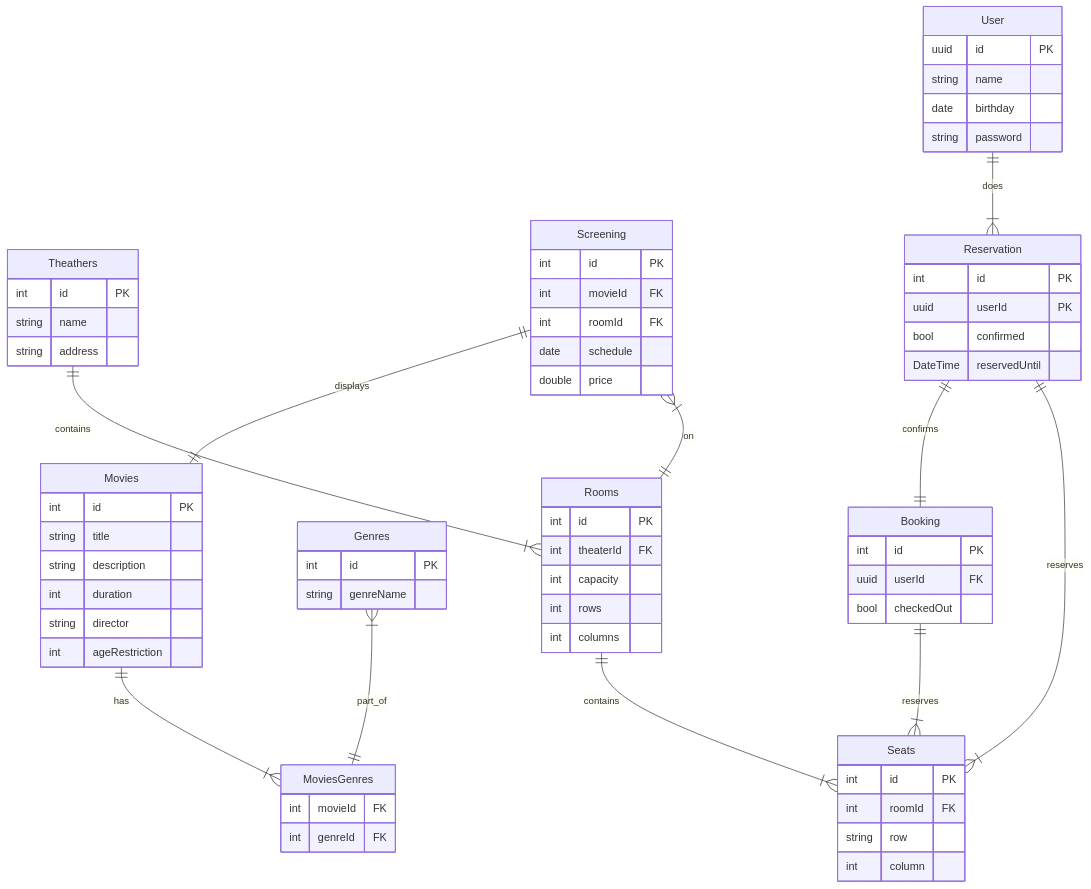
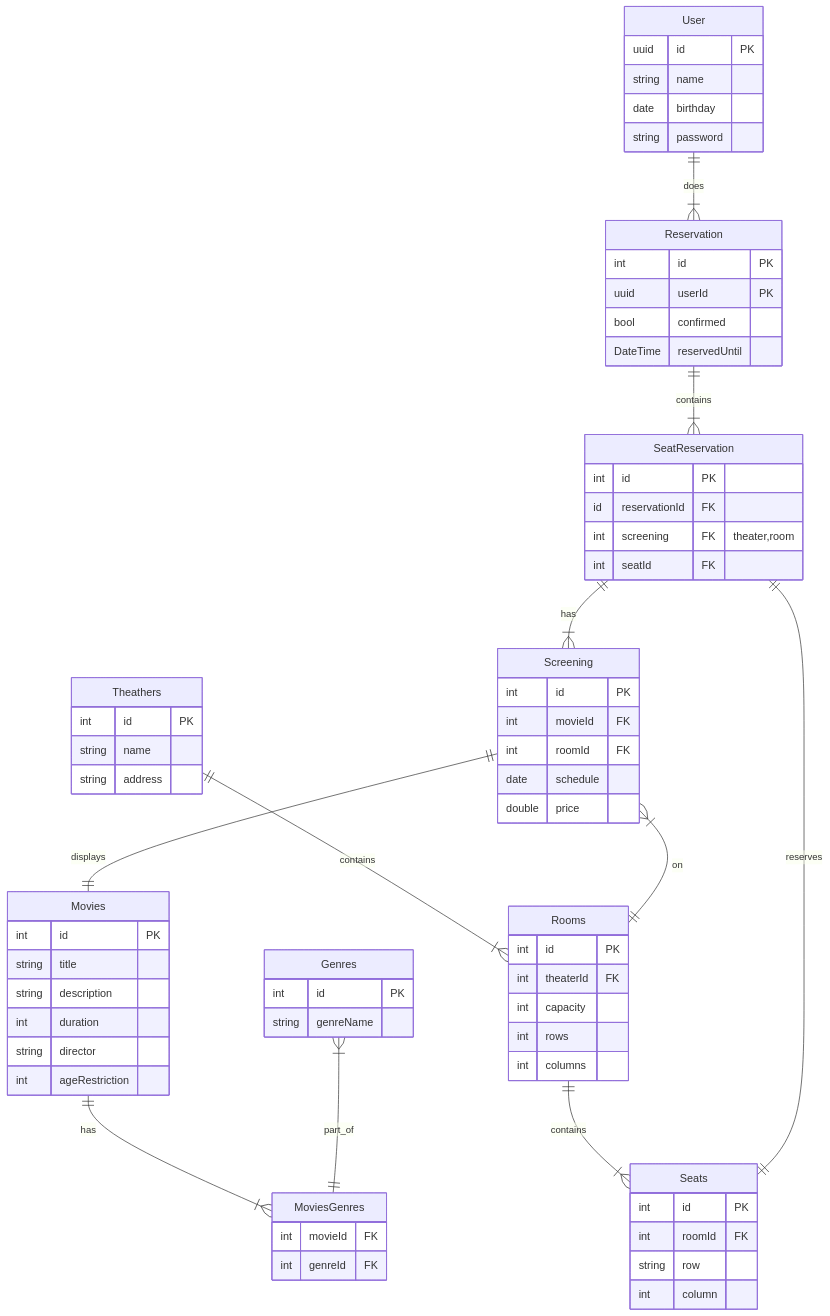
Before and after one commit to thiagoclassen/CinemaTicketing: the diagram in modelling.mmd, drawn with Mermaid. The commit also changed 27 other files, not shown here.

```diff
--- a/modelling.mmd
+++ b/modelling.mmd
@@ -1,70 +1,71 @@
 erDiagram
-    m[Movies]{
+    m[Movies] {
         int id PK
         string title
         string description
-        int duration        
+        int duration
         string director
         int ageRestriction
     }
-    mg[MoviesGenres]{
+    mg[MoviesGenres] {
         int movieId FK
         int genreId FK
     }
-    g[Genres]{
+    g[Genres] {
         int id PK
         string genreName
     }
-    t[Theathers]{
+    t[Theathers] {
         int id PK
         string name
-        string address        
+        string address
     }
-    r[Rooms]{
+    r[Rooms] {
         int id PK
         int theaterId FK
         int capacity
         int rows
-        int columns        
+        int columns
     }
-    s[Seats]{
+    s[Seats] {
         int id PK
         int roomId FK
         string row
         int column
     }
-    sc[Screening]{
+    sc[Screening] {
         int id PK
-        int movieId FK        
+        int movieId FK
         int roomId FK
         date schedule
         double price
     }
-    b[Booking]{
-        int id PK        
-        uuid userId FK
-        bool checkedOut
-    }
-    rs[Reservation]{
-        int id PK       
+    rs[Reservation] {
+        int id PK
         uuid userId PK
-        bool confirmed        
+        bool confirmed
         DateTime reservedUntil
     }
-    usr[User]{
+    usr[User] {
         uuid id PK
         string name
         date birthday
         string password
     }
-    
-    m 1 to many(1) mg : has
-    g many(1) to 1 mg : part_of
-    t 1 to many(1) r : contains
-    r 1 to many(1) s : contains
-    sc 1 to 1 m : displays
-    sc many(1) to 1 r : on    
-    b 1 to 1+ s : reserves
-    usr 1 to 1+ rs : does
-    rs 1 to 1 b : confirms
-    rs 1 to many(1) s : reserves
+    sr[SeatReservation] {
+        int id PK
+        id reservationId FK
+        int screening FK "theater,room"
+        int seatId FK
+    }
+
+    m 1 to many(1) mg: has
+    g many(1) to 1 mg: part_of
+    t 1 to many(1) r: contains
+    r 1 to many(1) s: contains
+    sc 1 to 1 m: displays
+    sc many(1) to 1 r: on
+    usr 1 to 1+ rs: does
+    rs 1 to many(1) sr: contains
+    sr 1 to 1+ sc: has
+    sr 1 to 1 s: reserves
```
